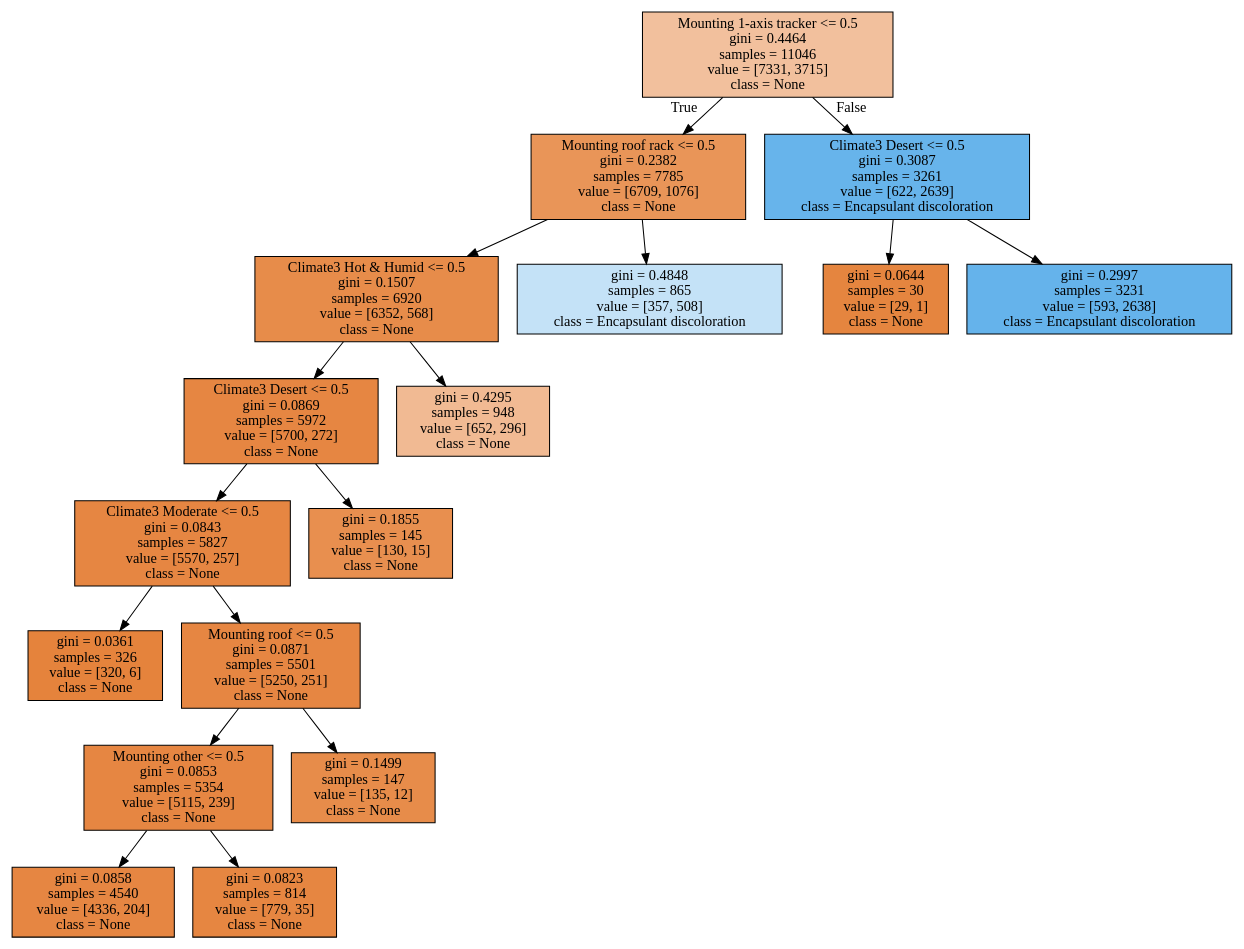
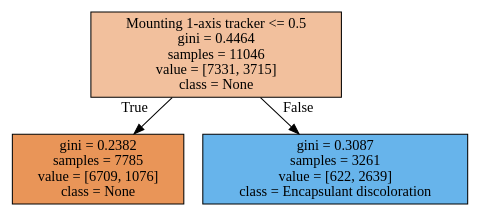
The diagram in degradation_modes/output/Cause Encapsulant discoloration.dot (hackingmaterials/duramat), drawn with Graphviz before and after one commit. The commit also changed 17 other files, not shown here.

Commit message:
Added support for unweighted grouped bar charts for mounting and climate

```diff
--- a/degradation_modes/output/Cause Encapsulant discoloration.dot
+++ b/degradation_modes/output/Cause Encapsulant discoloration.dot
@@ -1,36 +1,8 @@
 digraph Tree {
 node [shape=box, style="filled", color="black"] ;
 0 [label="Mounting 1-axis tracker <= 0.5\ngini = 0.4464\nsamples = 11046\nvalue = [7331, 3715]\nclass = None", fillcolor="#e581397e"] ;
-1 [label="Mounting roof rack <= 0.5\ngini = 0.2382\nsamples = 7785\nvalue = [6709, 1076]\nclass = None", fillcolor="#e58139d6"] ;
+1 [label="gini = 0.2382\nsamples = 7785\nvalue = [6709, 1076]\nclass = None", fillcolor="#e58139d6"] ;
 0 -> 1 [labeldistance=2.5, labelangle=45, headlabel="True"] ;
-2 [label="Climate3 Hot & Humid <= 0.5\ngini = 0.1507\nsamples = 6920\nvalue = [6352, 568]\nclass = None", fillcolor="#e58139e8"] ;
-1 -> 2 ;
-3 [label="Climate3 Desert <= 0.5\ngini = 0.0869\nsamples = 5972\nvalue = [5700, 272]\nclass = None", fillcolor="#e58139f3"] ;
-2 -> 3 ;
-4 [label="Climate3 Moderate <= 0.5\ngini = 0.0843\nsamples = 5827\nvalue = [5570, 257]\nclass = None", fillcolor="#e58139f3"] ;
-3 -> 4 ;
-5 [label="gini = 0.0361\nsamples = 326\nvalue = [320, 6]\nclass = None", fillcolor="#e58139fa"] ;
-4 -> 5 ;
-6 [label="Mounting roof <= 0.5\ngini = 0.0871\nsamples = 5501\nvalue = [5250, 251]\nclass = None", fillcolor="#e58139f3"] ;
-4 -> 6 ;
-7 [label="Mounting other <= 0.5\ngini = 0.0853\nsamples = 5354\nvalue = [5115, 239]\nclass = None", fillcolor="#e58139f3"] ;
-6 -> 7 ;
-8 [label="gini = 0.0858\nsamples = 4540\nvalue = [4336, 204]\nclass = None", fillcolor="#e58139f3"] ;
-7 -> 8 ;
-9 [label="gini = 0.0823\nsamples = 814\nvalue = [779, 35]\nclass = None", fillcolor="#e58139f4"] ;
-7 -> 9 ;
-10 [label="gini = 0.1499\nsamples = 147\nvalue = [135, 12]\nclass = None", fillcolor="#e58139e8"] ;
-6 -> 10 ;
-11 [label="gini = 0.1855\nsamples = 145\nvalue = [130, 15]\nclass = None", fillcolor="#e58139e2"] ;
-3 -> 11 ;
-12 [label="gini = 0.4295\nsamples = 948\nvalue = [652, 296]\nclass = None", fillcolor="#e581398b"] ;
-2 -> 12 ;
-13 [label="gini = 0.4848\nsamples = 865\nvalue = [357, 508]\nclass = Encapsulant discoloration", fillcolor="#399de54c"] ;
-1 -> 13 ;
-14 [label="Climate3 Desert <= 0.5\ngini = 0.3087\nsamples = 3261\nvalue = [622, 2639]\nclass = Encapsulant discoloration", fillcolor="#399de5c3"] ;
-0 -> 14 [labeldistance=2.5, labelangle=-45, headlabel="False"] ;
-15 [label="gini = 0.0644\nsamples = 30\nvalue = [29, 1]\nclass = None", fillcolor="#e58139f6"] ;
-14 -> 15 ;
-16 [label="gini = 0.2997\nsamples = 3231\nvalue = [593, 2638]\nclass = Encapsulant discoloration", fillcolor="#399de5c6"] ;
-14 -> 16 ;
+2 [label="gini = 0.3087\nsamples = 3261\nvalue = [622, 2639]\nclass = Encapsulant discoloration", fillcolor="#399de5c3"] ;
+0 -> 2 [labeldistance=2.5, labelangle=-45, headlabel="False"] ;
 }
```
